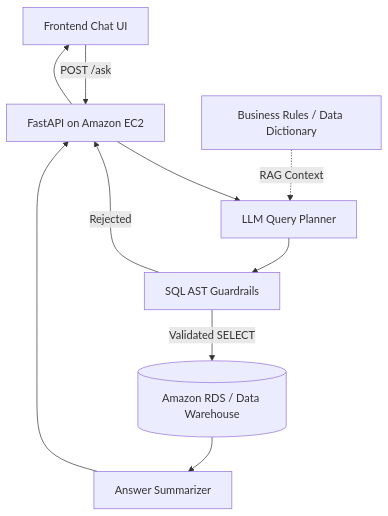
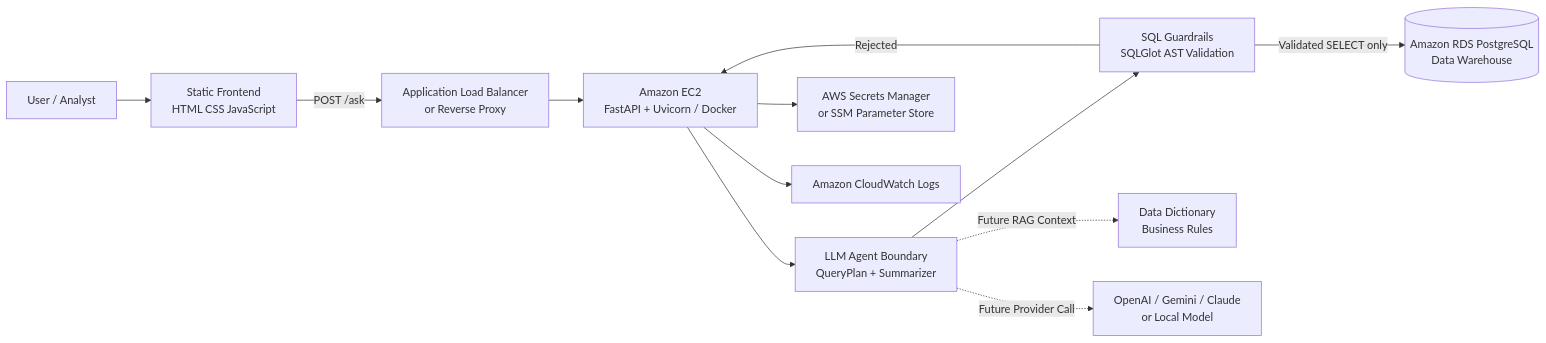
One commit to paldee/CLOUD changed the diagram in README.md. Above: the diagram before and after it, drawn with Mermaid. The commit also changed other lines of this file, not shown here.

First line of the commit message:
Refresh project README for AWS architecture

````diff
--- a/README.md
+++ b/README.md
@@ -21,12 +11,16 @@
 ```mermaid
-flowchart TD
-    UI[Frontend Chat UI] -->|POST /ask| API[FastAPI on Amazon EC2]
-    API --> PLAN[LLM Query Planner]
-    PLAN --> GUARD[SQL AST Guardrails]
-    GUARD -->|Rejected| API
-    GUARD -->|Validated SELECT| RDS[(Amazon RDS / Data Warehouse)]
-    RDS --> SUMMARY[Answer Summarizer]
-    SUMMARY --> API
-    API --> UI
-    DOCS[Business Rules / Data Dictionary] -. RAG Context .-> PLAN
+flowchart LR
+    User[User / Analyst] --> FE[Static Frontend<br/>HTML CSS JavaScript]
+    FE -->|POST /ask| ALB[Application Load Balancer<br/>or Reverse Proxy]
+    ALB --> EC2[Amazon EC2<br/>FastAPI + Uvicorn / Docker]
+
+    EC2 --> Agent[LLM Agent Boundary<br/>QueryPlan + Summarizer]
+    Agent --> Guard[SQL Guardrails<br/>SQLGlot AST Validation]
+    Guard -->|Validated SELECT only| RDS[(Amazon RDS PostgreSQL<br/>Data Warehouse)]
+    Guard -->|Rejected| EC2
+
+    EC2 --> Secrets[AWS Secrets Manager<br/>or SSM Parameter Store]
+    EC2 --> Logs[Amazon CloudWatch Logs]
+    Agent -. Future RAG Context .-> Docs[Data Dictionary<br/>Business Rules]
+    Agent -. Future Provider Call .-> LLM[OpenAI / Gemini / Claude<br/>or Local Model]
 ```
````
